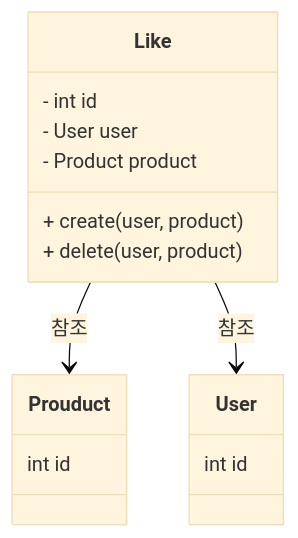
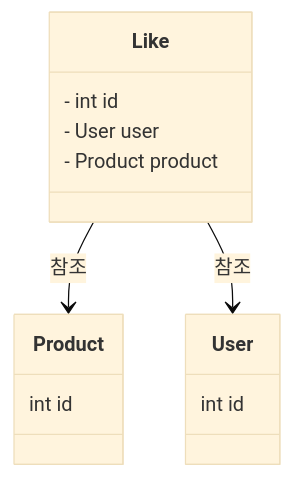
Before and after one commit to simbokyung98/loopers-ecommerce-system: the first of 2 diagrams in docs/design/03-class-diagrams-detail/Like.md, drawn with Mermaid (base theme). The commit also changed other lines of this file and 2 other files, not shown here.

Commit message:
fix : 클래스 다이어그램 도메인 역할 수정

````diff
--- a/docs/design/03-class-diagrams-detail/Like.md
+++ b/docs/design/03-class-diagrams-detail/Like.md
@@ -2,19 +2,17 @@
 ```mermaid 
     classDiagram
-    class Prouduct{
+    class Product{
      int id
     }
     class User{
         int id
     }
     class Like{
         - int id
         - User user
         - Product product
-        + create(user, product)
-        + delete(user, product)
     }
     
-        Like --> Prouduct : 참조
+        Like --> Product : 참조
         Like --> User : 참조
 ```
````
